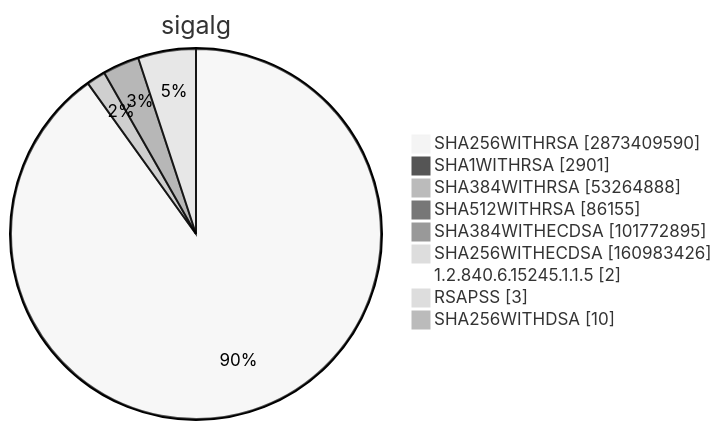
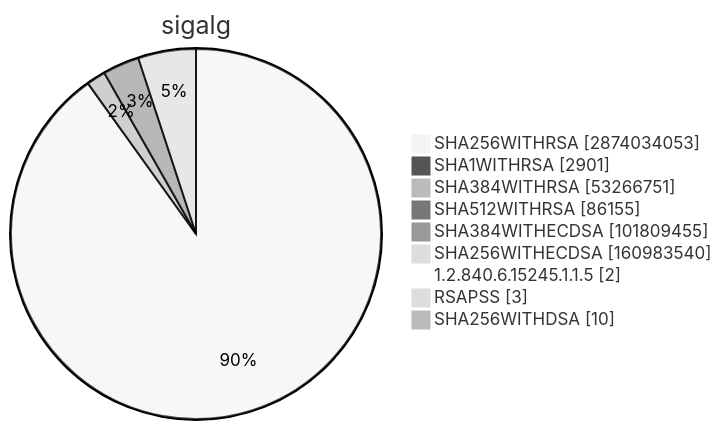
Diagram 15 of 15 in TOTAL/README.md (christiankrug/ctmonitor_visualization), drawn with Mermaid (neutral theme) before and after one commit. The commit also changed other lines of this file, not shown here.

````diff
--- a/TOTAL/README.md
+++ b/TOTAL/README.md
@@ -6207,13 +6207,13 @@
 ```mermaid
 pie showData
 title sigalg
-"SHA256WITHRSA" :2873409590
+"SHA256WITHRSA" :2874034053
 "SHA1WITHRSA" :2901
-"SHA384WITHRSA" :53264888
+"SHA384WITHRSA" :53266751
 "SHA512WITHRSA" :86155
-"SHA384WITHECDSA" :101772895
-"SHA256WITHECDSA" :160983426
+"SHA384WITHECDSA" :101809455
+"SHA256WITHECDSA" :160983540
 "1.2.840.6.15245.1.1.5" :2
 "RSAPSS" :3
 "SHA256WITHDSA" :10
 ```
````
